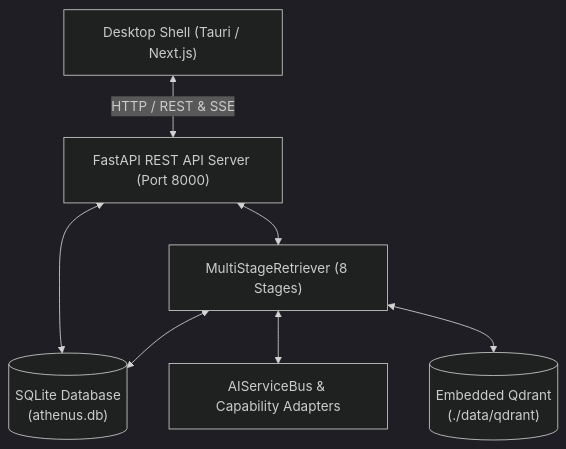
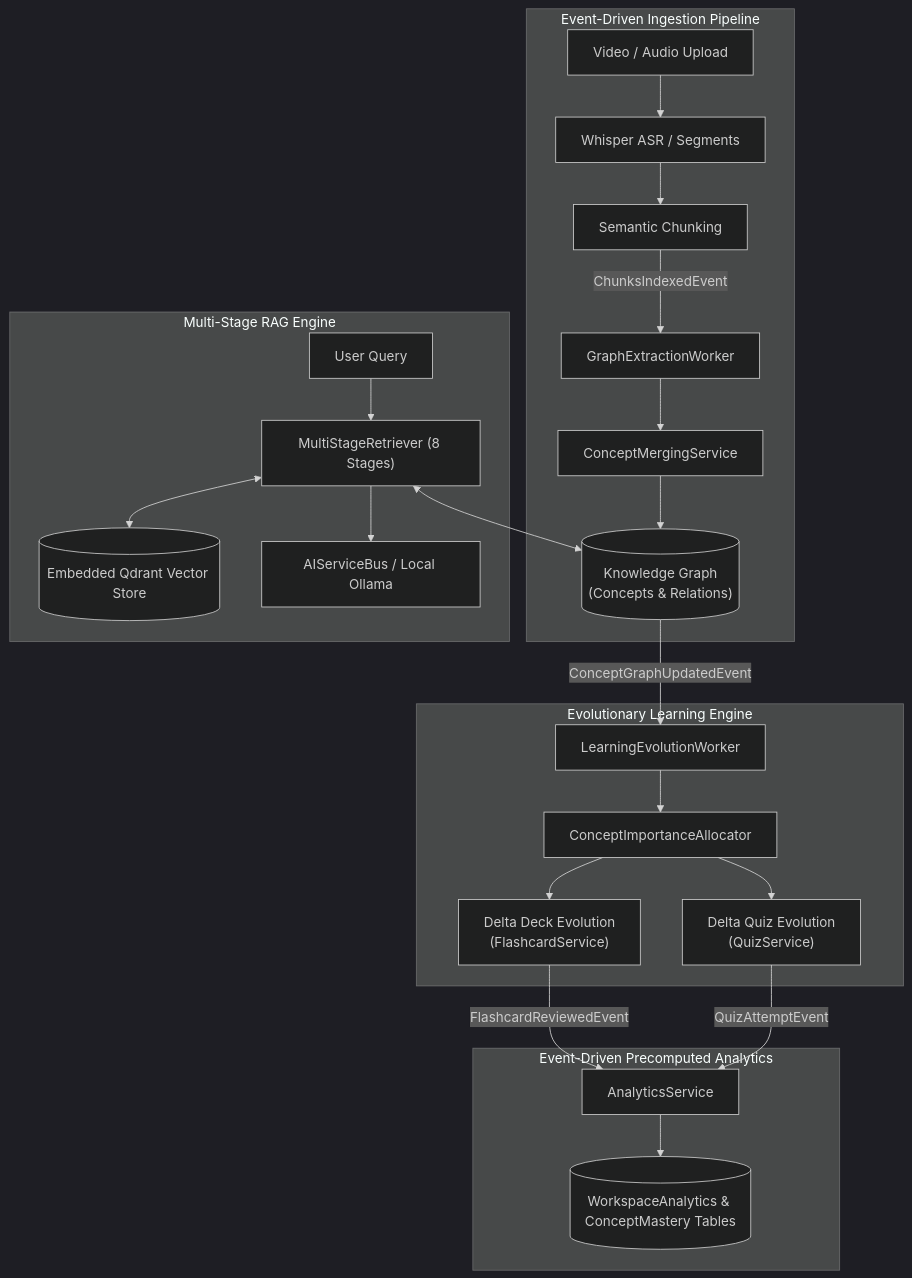
Before and after one commit to Famanias/athenus: the diagram in docs/ARCHITECTURE.md, drawn with Mermaid (dark theme). The commit also changed other lines of this file and 12 other files, not shown here.

Commit message:
docs: update canonical architecture documentation, 21-table database specifications, and ADR index (ADR 0009-0014)

````diff
--- a/docs/ARCHITECTURE.md
+++ b/docs/ARCHITECTURE.md
@@ -22,16 +22,30 @@
 ```mermaid
 graph TD
-    UI["Desktop Shell (Tauri / Next.js)"]
-    API["FastAPI REST API Server (Port 8000)"]
-    BUS["AIServiceBus & Capability Adapters"]
-    RET["MultiStageRetriever (8 Stages)"]
-    DB[("SQLite Database\n(athenus.db)")]
-    QDRANT[("Embedded Qdrant\n(./data/qdrant)")]
+    subgraph INGESTION["Event-Driven Ingestion Pipeline"]
+        VIDEO["Video / Audio Upload"] --> ASR["Whisper ASR / Segments"]
+        ASR --> CHUNKS["Semantic Chunking"]
+        CHUNKS -->|ChunksIndexedEvent| GEW["GraphExtractionWorker"]
+        GEW --> MERGE["ConceptMergingService"]
+        MERGE --> KG[("Knowledge Graph\n(Concepts & Relations)")]
+    end
 
-    UI <-->|HTTP / REST & SSE| API
-    API <--> DB
-    API <--> RET
-    RET <--> BUS
-    RET <--> QDRANT
-    RET <--> DB
+    subgraph EVOLUTION["Evolutionary Learning Engine"]
+        KG -->|ConceptGraphUpdatedEvent| LEW["LearningEvolutionWorker"]
+        LEW --> ALLOC["ConceptImportanceAllocator"]
+        ALLOC --> DECK["Delta Deck Evolution\n(FlashcardService)"]
+        ALLOC --> QUIZ["Delta Quiz Evolution\n(QuizService)"]
+    end
+
+    subgraph ANALYTICS["Event-Driven Precomputed Analytics"]
+        DECK -->|FlashcardReviewedEvent| ANALYTICS_SVC["AnalyticsService"]
+        QUIZ -->|QuizAttemptEvent| ANALYTICS_SVC
+        ANALYTICS_SVC --> DB_ANALYTICS[("WorkspaceAnalytics & ConceptMastery Tables")]
+    end
+
+    subgraph RETRIEVAL["Multi-Stage RAG Engine"]
+        USER["User Query"] --> RET["MultiStageRetriever (8 Stages)"]
+        RET <--> QDRANT[("Embedded Qdrant Vector Store")]
+        RET <--> KG
+        RET --> LLM["AIServiceBus / Local Ollama"]
+    end
 ```
````
